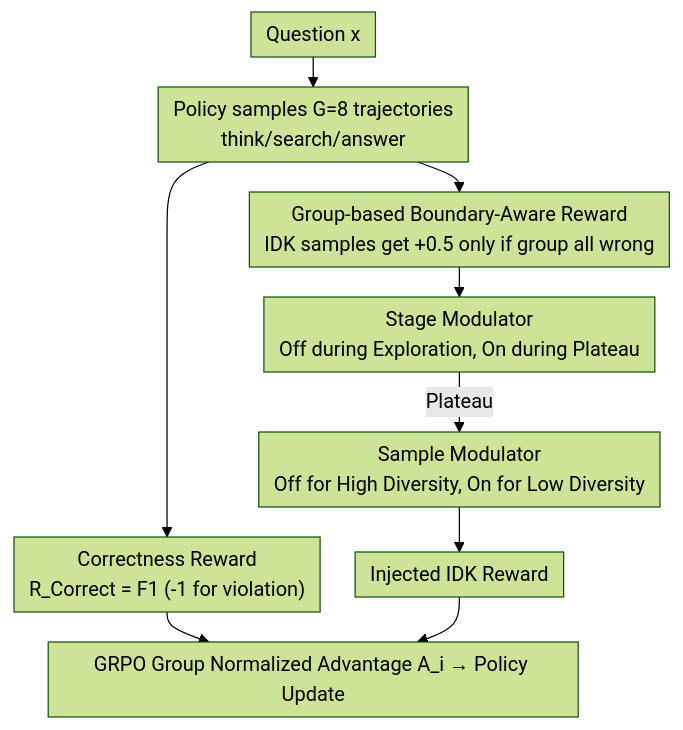
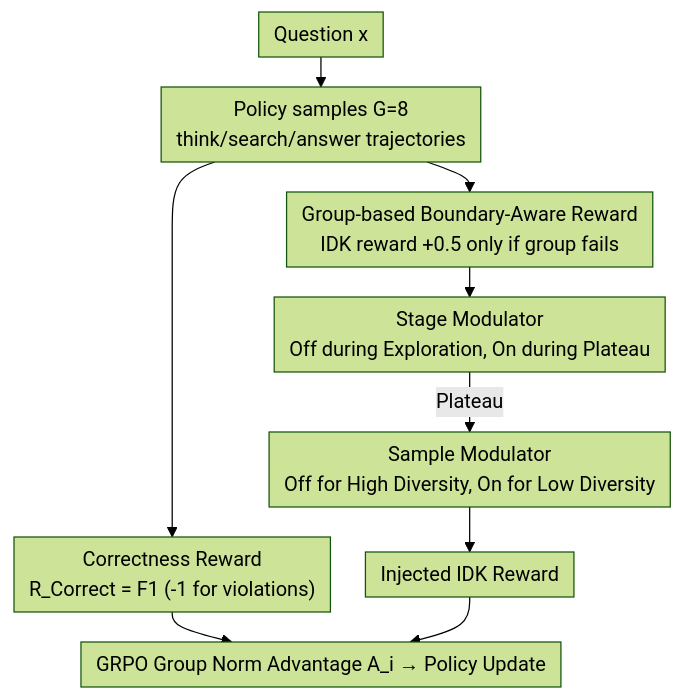
Before and after one commit to zhaoyang97/Paper-Notes-en: the diagram in docs/ACL2026/llm_agent/bapo_boundary-aware_policy_optimization_for_reliable_agentic_search.md, drawn with Mermaid (forest theme). The commit also changed other lines of this file and 5084 other files, not shown here.

````diff
--- a/docs/ACL2026/llm_agent/bapo_boundary-aware_policy_optimization_for_reliable_agentic_search.md
+++ b/docs/ACL2026/llm_agent/bapo_boundary-aware_policy_optimization_for_reliable_agentic_search.md
@@ -43,12 +43,12 @@
 ```mermaid
 %%{init: {'flowchart': {'rankSpacing': 24, 'nodeSpacing': 28, 'padding': 6, 'wrappingWidth': 400}}}%%
 flowchart TD
-    A["Question x"] --> B["Policy samples G=8 trajectories<br/>think/search/answer"]
-    B --> C["Correctness Reward<br/>R_Correct = F1 (-1 for violation)"]
-    B --> D["Group-based Boundary-Aware Reward<br/>IDK samples get +0.5 only if group all wrong"]
+    A["Question x"] --> B["Policy samples G=8<br/>think/search/answer trajectories"]
+    B --> C["Correctness Reward<br/>R_Correct = F1 (-1 for violations)"]
+    B --> D["Group-based Boundary-Aware Reward<br/>IDK reward +0.5 only if group fails"]
     D --> E["Stage Modulator<br/>Off during Exploration, On during Plateau"]
     E -->|Plateau| F["Sample Modulator<br/>Off for High Diversity, On for Low Diversity"]
     F --> G["Injected IDK Reward"]
-    C --> H["GRPO Group Normalized Advantage A_i → Policy Update"]
+    C --> H["GRPO Group Norm Advantage A_i → Policy Update"]
     G --> H
 ```
````
